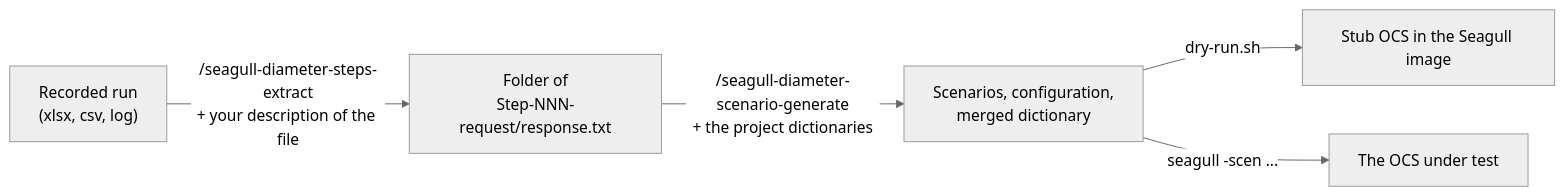
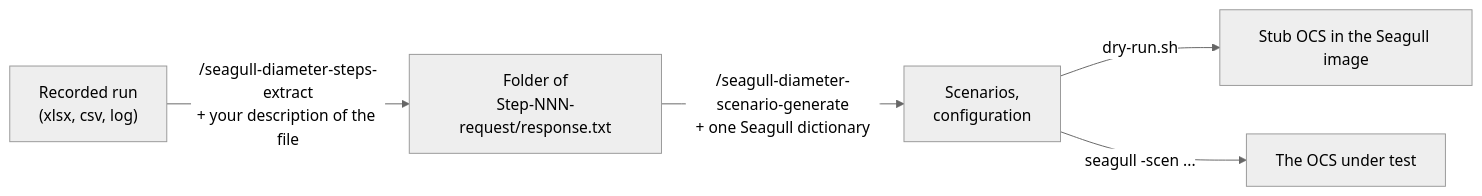
Before and after one commit to Netcracker/qubership-testing-platform-ai-packages: the diagram in agent-packages/seagull-diameter-scenarios/README.md, drawn with Mermaid (neutral theme). The commit also changed other lines of this file and 13 other files, not shown here.

````diff
--- a/agent-packages/seagull-diameter-scenarios/README.md
+++ b/agent-packages/seagull-diameter-scenarios/README.md
@@ -38,7 +38,7 @@
 ```mermaid
 flowchart LR
     Source["Recorded run<br/>(xlsx, csv, log)"] -->|"/seagull-diameter-steps-extract<br/>+ your description of the file"| Folder["Folder of<br/>Step-NNN-request/response.txt"]
-    Folder -->|"/seagull-diameter-scenario-generate<br/>+ the project dictionaries"| Output["Scenarios, configuration,<br/>merged dictionary"]
+    Folder -->|"/seagull-diameter-scenario-generate<br/>+ one Seagull dictionary"| Output["Scenarios,<br/>configuration"]
     Output -->|"dry-run.sh"| Stub["Stub OCS in the Seagull image"]
     Output -->|"seagull -scen ..."| OCS["The OCS under test"]
 ```
````
